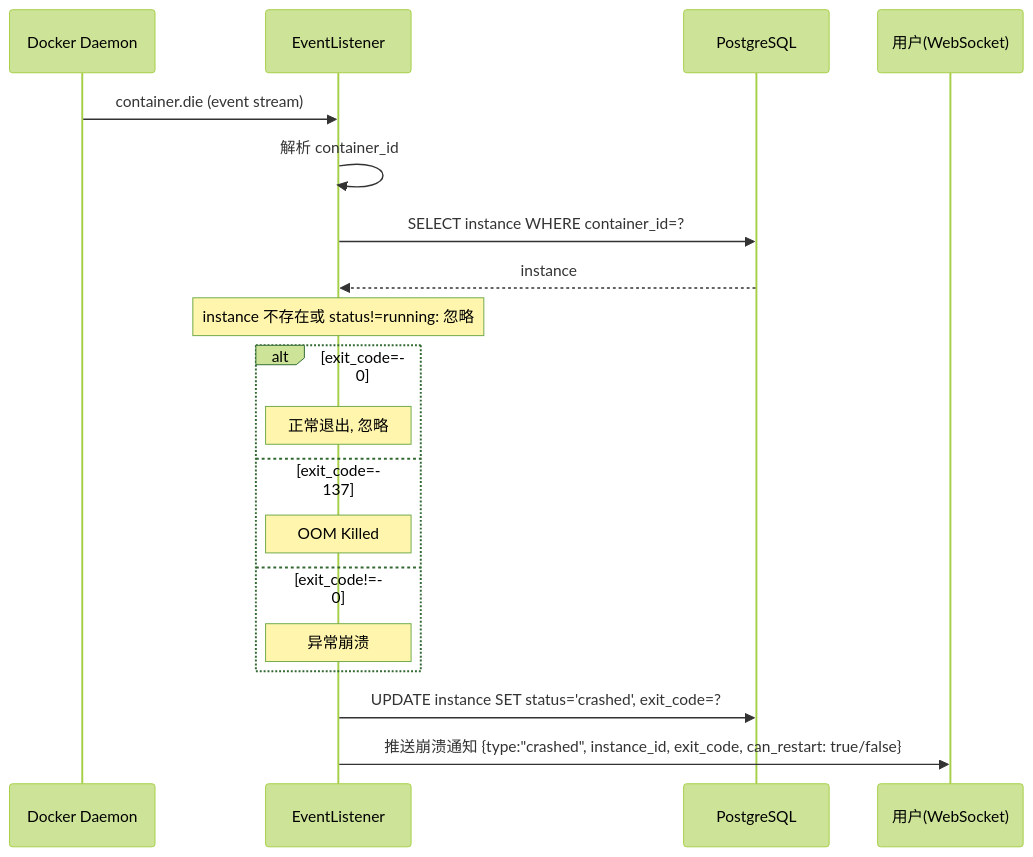
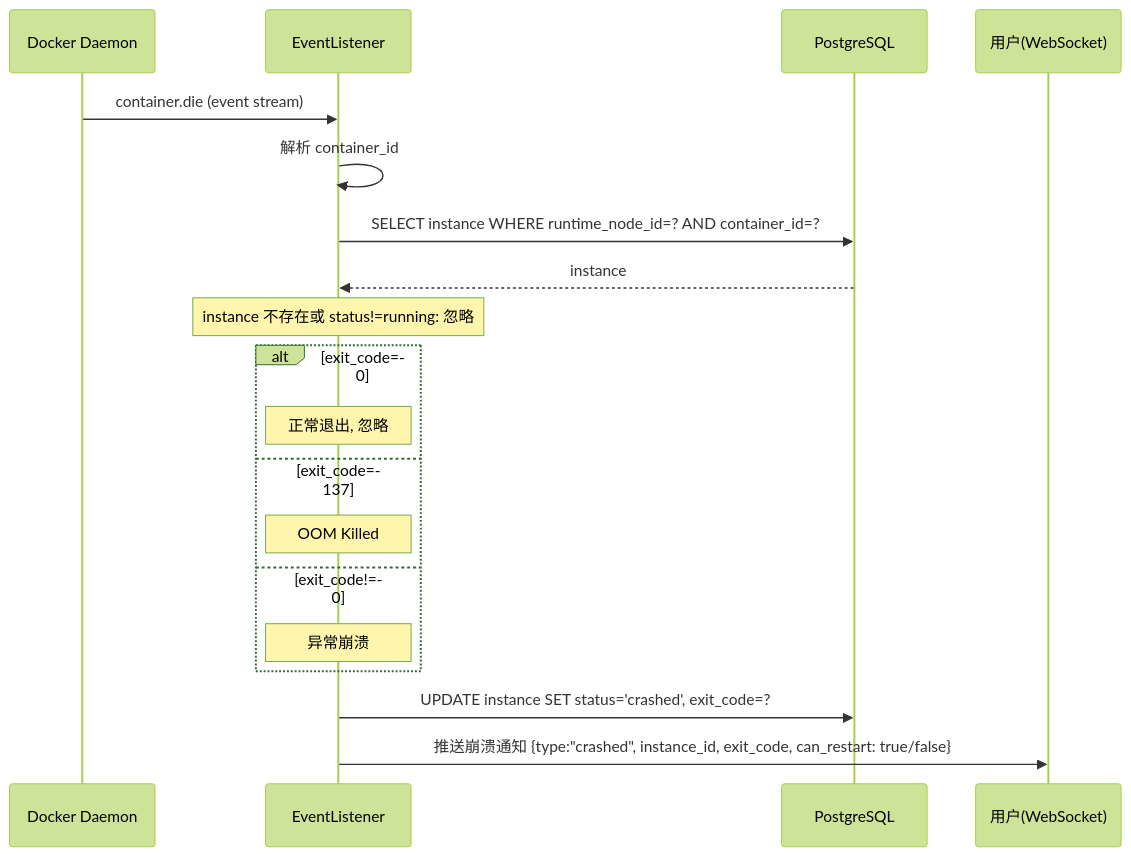
The eighth of 18 diagrams in docs/architecture/backend/05-key-flows.md (architectcgz/ctf), drawn with Mermaid (forest theme) before and after one commit. The commit also changed other lines of this file and 58 other files, not shown here.

````diff
--- a/docs/architecture/backend/05-key-flows.md
+++ b/docs/architecture/backend/05-key-flows.md
@@ -596,28 +596,28 @@
 ```mermaid
 sequenceDiagram
     participant DD as Docker Daemon
     participant EL as EventListener
     participant PG as PostgreSQL
     participant WS as 用户(WebSocket)
 
     DD->>EL: container.die (event stream)
 
     EL->>EL: 解析 container_id
 
-    EL->>PG: SELECT instance WHERE container_id=?
+    EL->>PG: SELECT instance WHERE runtime_node_id=? AND container_id=?
     PG-->>EL: instance
 
     Note over EL: instance 不存在或 status!=running: 忽略
 
     alt exit_code=0
         Note over EL: 正常退出, 忽略
     else exit_code=137
         Note over EL: OOM Killed
     else exit_code!=0
         Note over EL: 异常崩溃
     end
 
     EL->>PG: UPDATE instance SET status='crashed', exit_code=?
 
     EL->>WS: 推送崩溃通知 {type:"crashed", instance_id, exit_code, can_restart: true/false}
 ```
````
